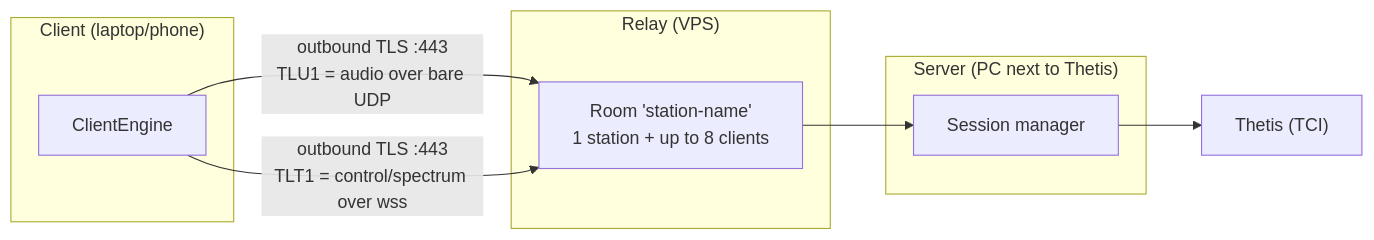
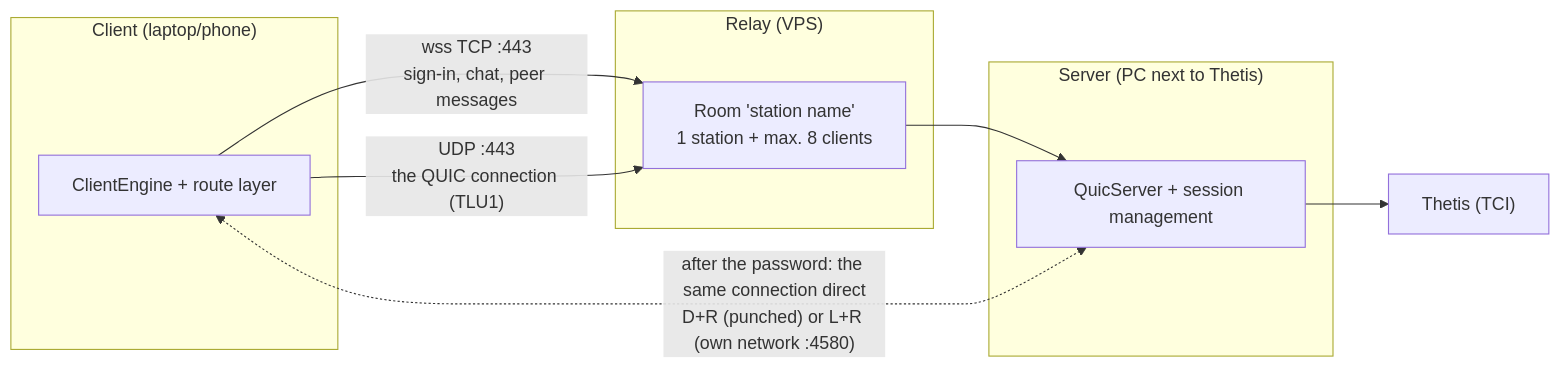
Before and after one commit to cjenschede/ThetisLink: the second of 7 diagrams in Technical-Reference.md, drawn with Mermaid. The commit also changed other lines of this file and 185 other files, not shown here.

````diff
--- a/Technical-Reference.md
+++ b/Technical-Reference.md
@@ -277,16 +305,17 @@
 ```mermaid
 flowchart LR
     subgraph C["Client (laptop/phone)"]
-        CE["ClientEngine"]
+        CE["ClientEngine + route layer"]
     end
     subgraph R["Relay (VPS)"]
-        Room["Room 'station-name'<br>1 station + up to 8 clients"]
+        Room["Room 'station name'<br>1 station + max. 8 clients"]
     end
     subgraph S["Server (PC next to Thetis)"]
-        SS["Session manager"]
+        SS["QuicServer + session management"]
     end
-    CE -->|"outbound TLS :443<br>TLU1 = audio over bare UDP"| Room
-    CE -->|"outbound TLS :443<br>TLT1 = control/spectrum over wss"| Room
+    CE -->|"wss TCP :443<br>sign-in, chat, peer messages"| Room
+    CE -->|"UDP :443<br>the QUIC connection (TLU1)"| Room
     Room --> SS
+    CE <-.->|"after the password: the same connection direct<br>D+R (punched) or L+R (own network :4580)"| SS
     SS --> Thetis["Thetis (TCI)"]
 ```
````
